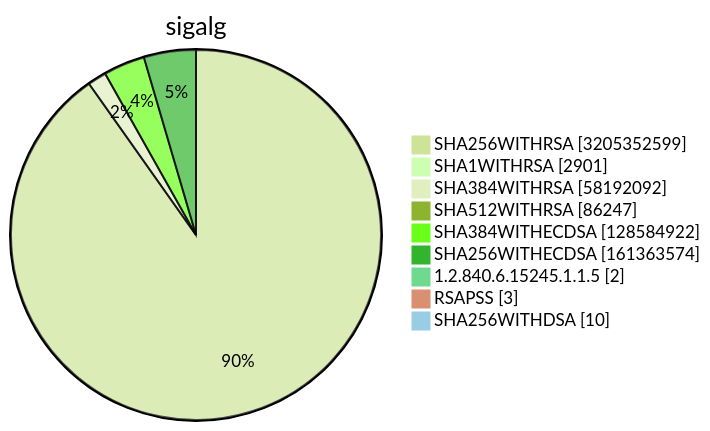
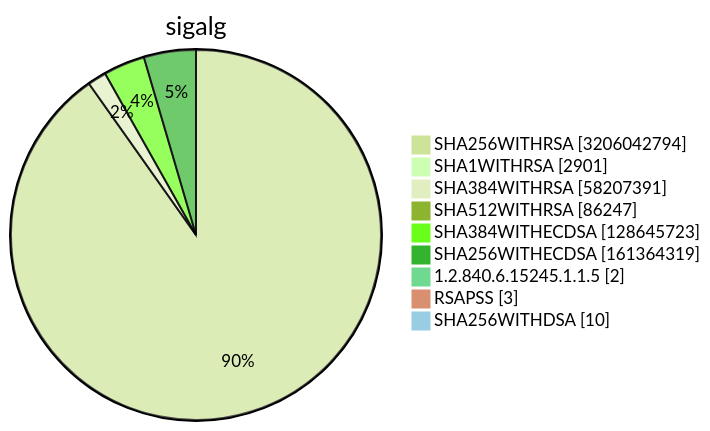
Diagram 15 of 15 in TOTAL/README.md (christiankrug/ctmonitor_visualization), drawn with Mermaid (forest theme) before and after one commit. The commit also changed other lines of this file, not shown here.

````diff
--- a/TOTAL/README.md
+++ b/TOTAL/README.md
@@ -6216,13 +6217,13 @@
 ```mermaid
 pie showData
 title sigalg
-"SHA256WITHRSA" :3205352599
+"SHA256WITHRSA" :3206042794
 "SHA1WITHRSA" :2901
-"SHA384WITHRSA" :58192092
+"SHA384WITHRSA" :58207391
 "SHA512WITHRSA" :86247
-"SHA384WITHECDSA" :128584922
-"SHA256WITHECDSA" :161363574
+"SHA384WITHECDSA" :128645723
+"SHA256WITHECDSA" :161364319
 "1.2.840.6.15245.1.1.5" :2
 "RSAPSS" :3
 "SHA256WITHDSA" :10
 ```
````
